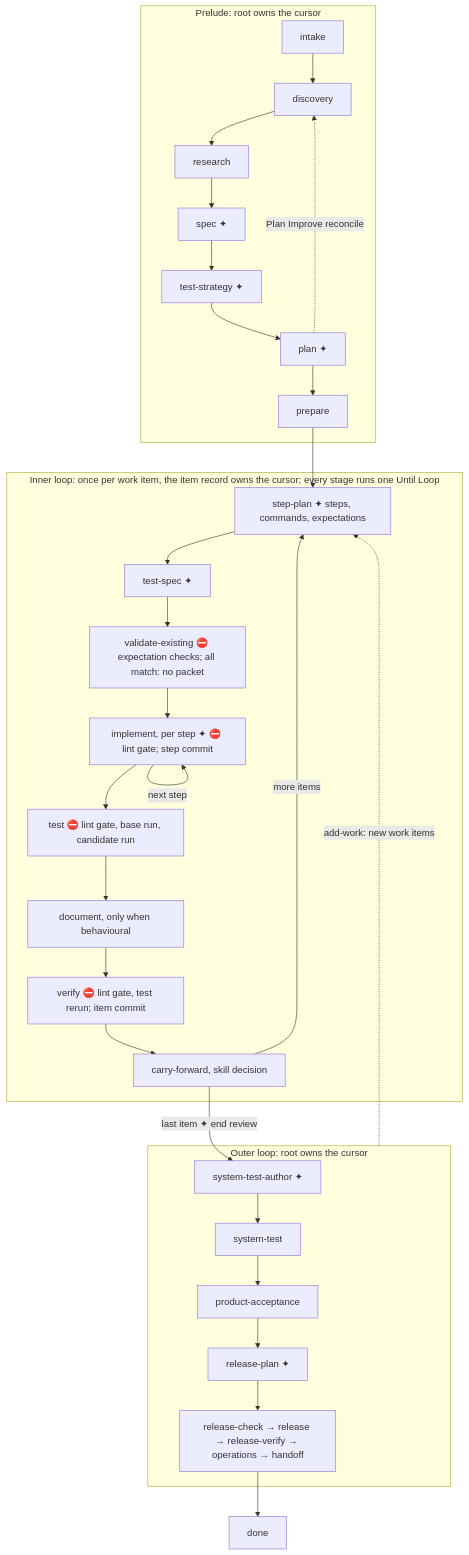
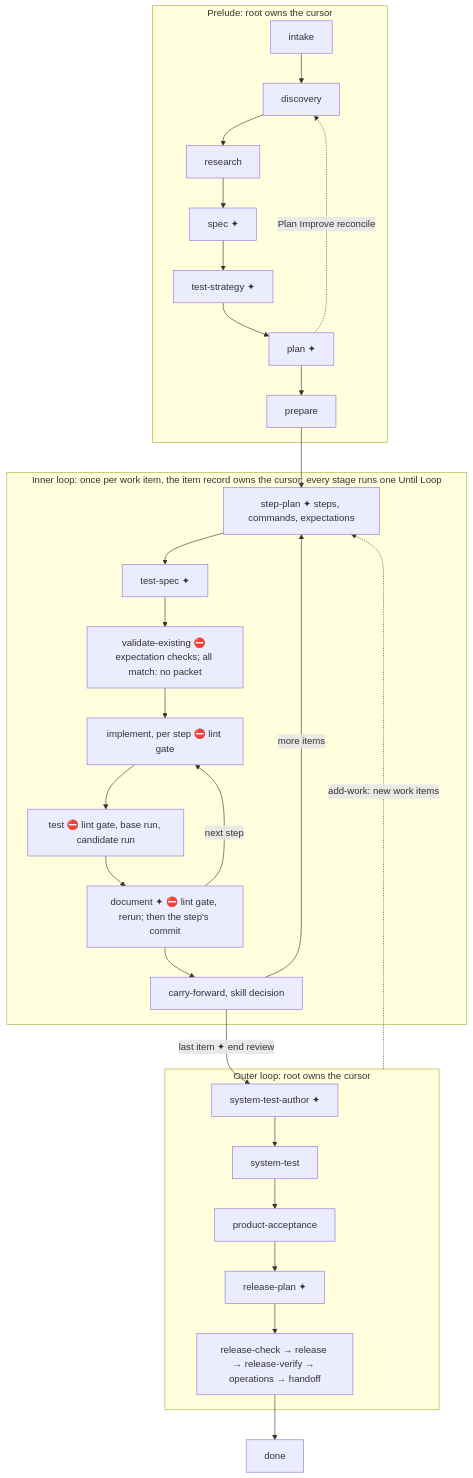
The second of 4 diagrams in skills/shiploop/references/navigator.md (whichguy/skill-craft), drawn with Mermaid before and after one commit. The commit also changed other lines of this file and 90 other files, not shown here.

````diff
--- a/skills/shiploop/references/navigator.md
+++ b/skills/shiploop/references/navigator.md
@@ -73,26 +75,25 @@
 ```mermaid
 flowchart TD
   subgraph PRELUDE[Prelude: root owns the cursor]
     intake --> discovery --> research --> spec[spec ✦] --> ts[test-strategy ✦] --> plan[plan ✦] --> prepare
     plan -. "Plan Improve reconcile" .-> discovery
   end
   prepare --> SP
   subgraph INNER[Inner loop: once per work item, the item record owns the cursor; every stage runs one Until Loop]
     SP[step-plan ✦ steps, commands, expectations] --> TS[test-spec ✦]
     TS --> VE[validate-existing ⛔ expectation checks; all match: no packet]
-    VE --> IM[implement, per step ✦ ⛔ lint gate; step commit]
-    IM -->|next step| IM
+    VE --> IM[implement, per step ⛔ lint gate]
     IM --> TE[test ⛔ lint gate, base run, candidate run]
-    TE --> DOC[document, only when behavioural]
-    DOC --> VF[verify ⛔ lint gate, test rerun; item commit]
-    VF --> CF[carry-forward, skill decision]
+    TE --> DOC[document ✦ ⛔ lint gate, rerun; then the step's commit]
+    DOC -->|next step| IM
+    DOC --> CF[carry-forward, skill decision]
     CF -->|more items| SP
   end
   CF -->|"last item ✦ end review"| STA
   subgraph OUTER[Outer loop: root owns the cursor]
     STA[system-test-author ✦] --> ST[system-test] --> PA[product-acceptance] --> RP[release-plan ✦]
     RP --> REL[release-check → release → release-verify → operations → handoff]
   end
   OUTER -. "add-work: new work items" .-> SP
   REL --> done
 ```
````
